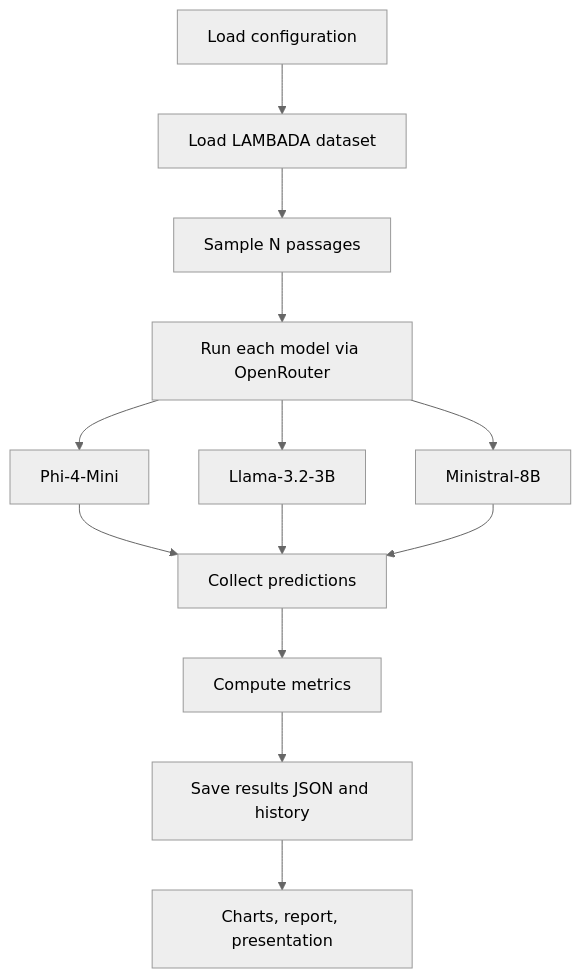
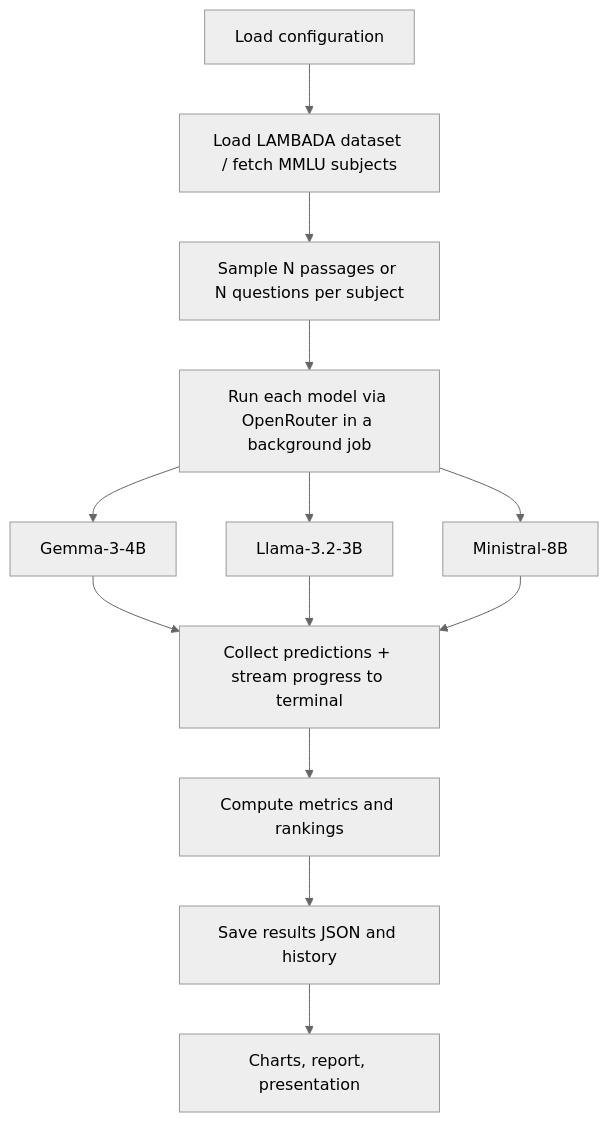
Before and after one commit to ronvoy/gen-ai: the sixth of 6 diagrams in report.md, drawn with Mermaid (neutral theme). The commit also changed other lines of this file and 22 other files, not shown here.

````diff
--- a/report.md
+++ b/report.md
@@ -232,15 +380,15 @@
 ```mermaid
 graph TD
-    A[Load configuration] --> B[Load LAMBADA dataset]
-    B --> C[Sample N passages]
-    C --> D[Run each model via OpenRouter]
-    D --> E1[Phi-4-Mini]
+    A[Load configuration] --> B[Load LAMBADA dataset / fetch MMLU subjects]
+    B --> C[Sample N passages or N questions per subject]
+    C --> D[Run each model via OpenRouter in a background job]
+    D --> E1[Gemma-3-4B]
     D --> E2[Llama-3.2-3B]
     D --> E3[Ministral-8B]
-    E1 --> F[Collect predictions]
-    E2 --> F[Collect predictions]
-    E3 --> F[Collect predictions]
-    F --> G[Compute metrics]
+    E1 --> F[Collect predictions + stream progress to terminal]
+    E2 --> F[Collect predictions + stream progress to terminal]
+    E3 --> F[Collect predictions + stream progress to terminal]
+    F --> G[Compute metrics and rankings]
     G --> H[Save results JSON and history]
     H --> I[Charts, report, presentation]
 ```
````
